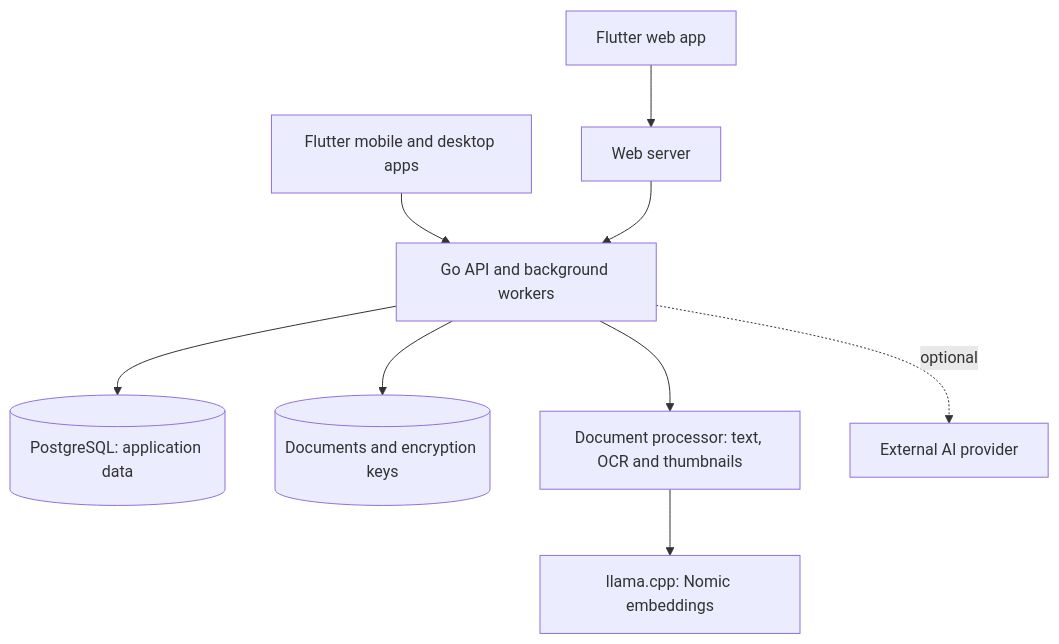
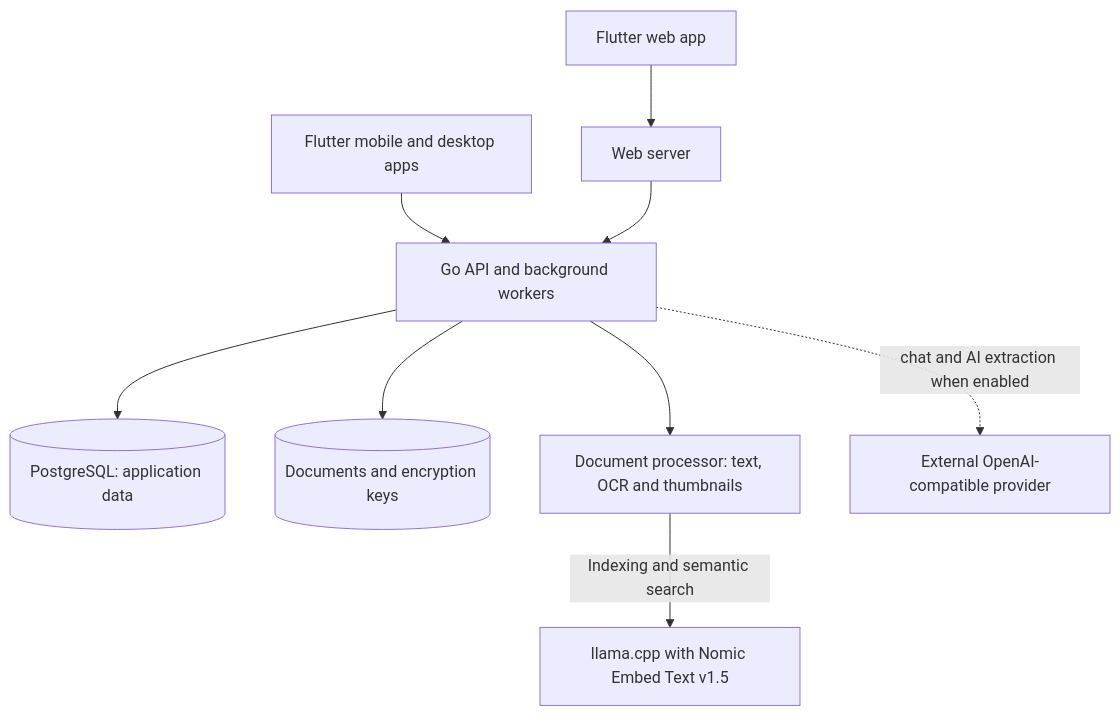
Before and after one commit to saschTa/domabas: the diagram in readme.md, drawn with Mermaid. The commit also changed other lines of this file and 3 other files, not shown here.

````diff
--- a/readme.md
+++ b/readme.md
@@ -172,11 +172,11 @@
 ```mermaid
 flowchart TD
   Browser[Flutter web app] --> Web[Web server]
   Native[Flutter mobile and desktop apps] --> Backend[Go API and background workers]
   Web --> Backend
   Backend --> Postgres[(PostgreSQL: application data)]
   Backend --> Files[(Documents and encryption keys)]
   Backend --> Processor[Document processor: text, OCR and thumbnails]
-  Processor --> Embeddings[llama.cpp: Nomic embeddings]
-  Backend -. optional .-> External[External AI provider]
+  Processor -->|Indexing and semantic search| Embeddings[llama.cpp with Nomic Embed Text v1.5]
+  Backend -. chat and AI extraction when enabled .-> External[External OpenAI-compatible provider]
 ```
````
